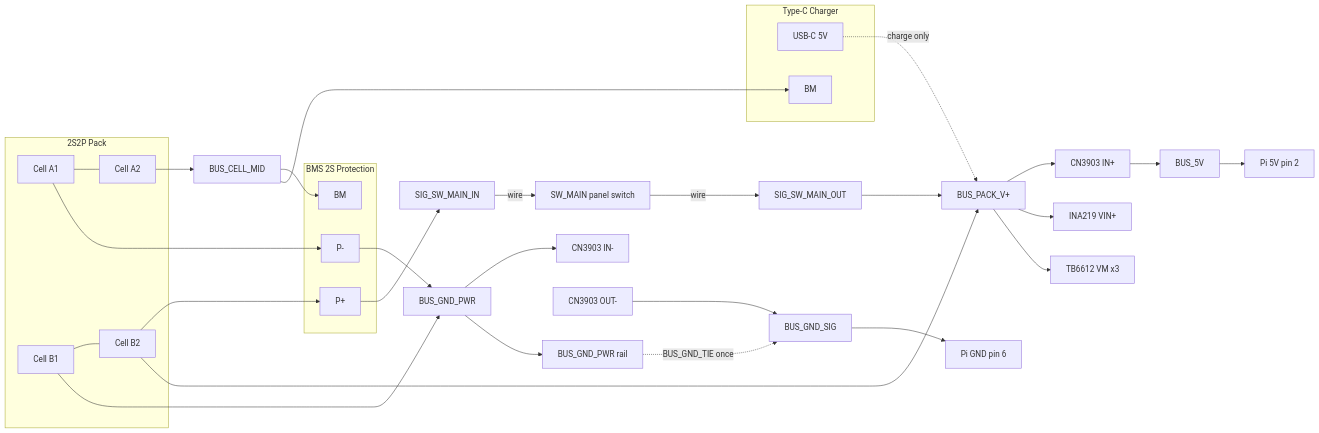
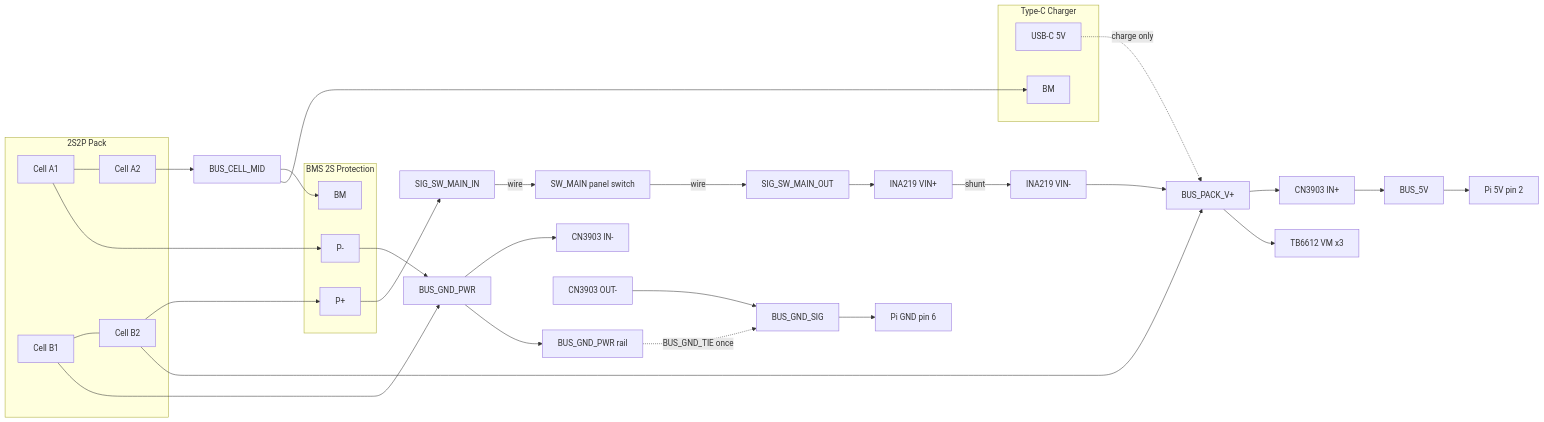
The fourth of 9 diagrams in SCHEMA.md (Aspience/fpv-rover), drawn with Mermaid before and after one commit. The commit also changed other lines of this file and 1 other file, not shown here.

Commit message:
Update README / SCHEMA

````diff
--- a/SCHEMA.md
+++ b/SCHEMA.md
@@ -203,55 +204,56 @@
 ```mermaid
 flowchart LR
   subgraph cells [2S2P Pack]
     S1A[Cell A1]
     S1B[Cell A2]
     S2A[Cell B1]
     S2B[Cell B2]
   end
 
   subgraph bmsBlock [BMS 2S Protection]
     BMS_BM[BM]
     BMS_PP[P+]
     BMS_PN[P-]
   end
 
   subgraph chgBlock [Type-C Charger]
     CHG_USB[USB-C 5V]
     CHG_BM[BM]
   end
 
   SW_MAIN[SW_MAIN panel switch]
 
   PACKP[BUS_PACK_V+]
   PACKN[BUS_GND_PWR]
   MID[BUS_CELL_MID]
   SIGGND[BUS_GND_SIG]
 
   S1A --- S1B
   S2A --- S2B
   S1A --> BMS_PN
   S1B --> MID
   S2B --> BMS_PP
   S2A --> PACKN
   S2B --> PACKP
   BMS_PP --> SW_IN[SIG_SW_MAIN_IN]
   SW_IN -->|wire| SW_MAIN
   SW_MAIN -->|wire| SW_OUT[SIG_SW_MAIN_OUT]
-  SW_OUT --> PACKP
+  SW_OUT --> INA_VIN[INA219 VIN+]
+  INA_VIN -->|shunt| INA_VOUT[INA219 VIN-]
+  INA_VOUT --> PACKP
   BMS_PN --> PACKN
   MID --> BMS_BM
   MID --> CHG_BM
   CHG_USB -.->|charge only| PACKP
 
   PACKP --> BEC_IN[CN3903 IN+]
-  PACKP --> INA_VIN[INA219 VIN+]
   PACKP --> DRV_VM[TB6612 VM x3]
   PACKN --> BEC_VINM[CN3903 IN-]
   PACKN --> GND_PWR[BUS_GND_PWR rail]
 
   BEC_IN --> BEC_OUT[BUS_5V]
   BEC_OUT --> PI_5V[Pi 5V pin 2]
   BEC_VOUTM[CN3903 OUT-] --> SIGGND
   SIGGND --> PI_GND[Pi GND pin 6]
   GND_PWR -.->|BUS_GND_TIE once| SIGGND
 ```
````
